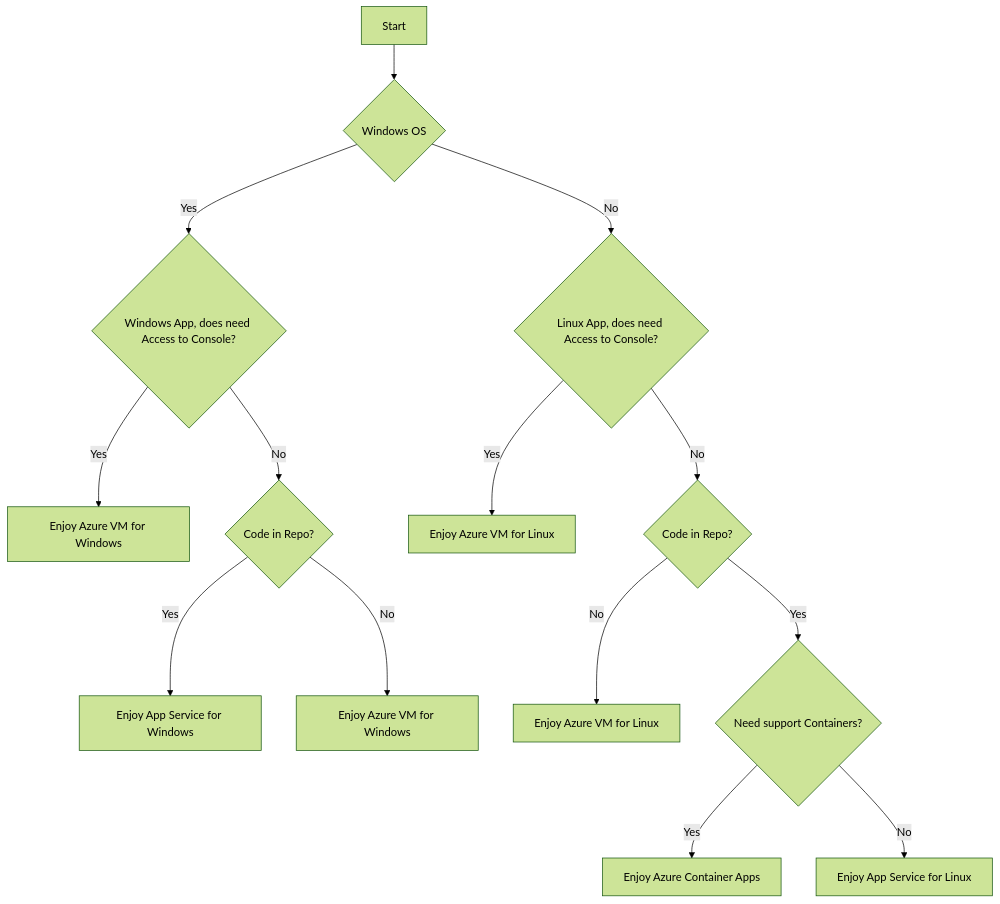
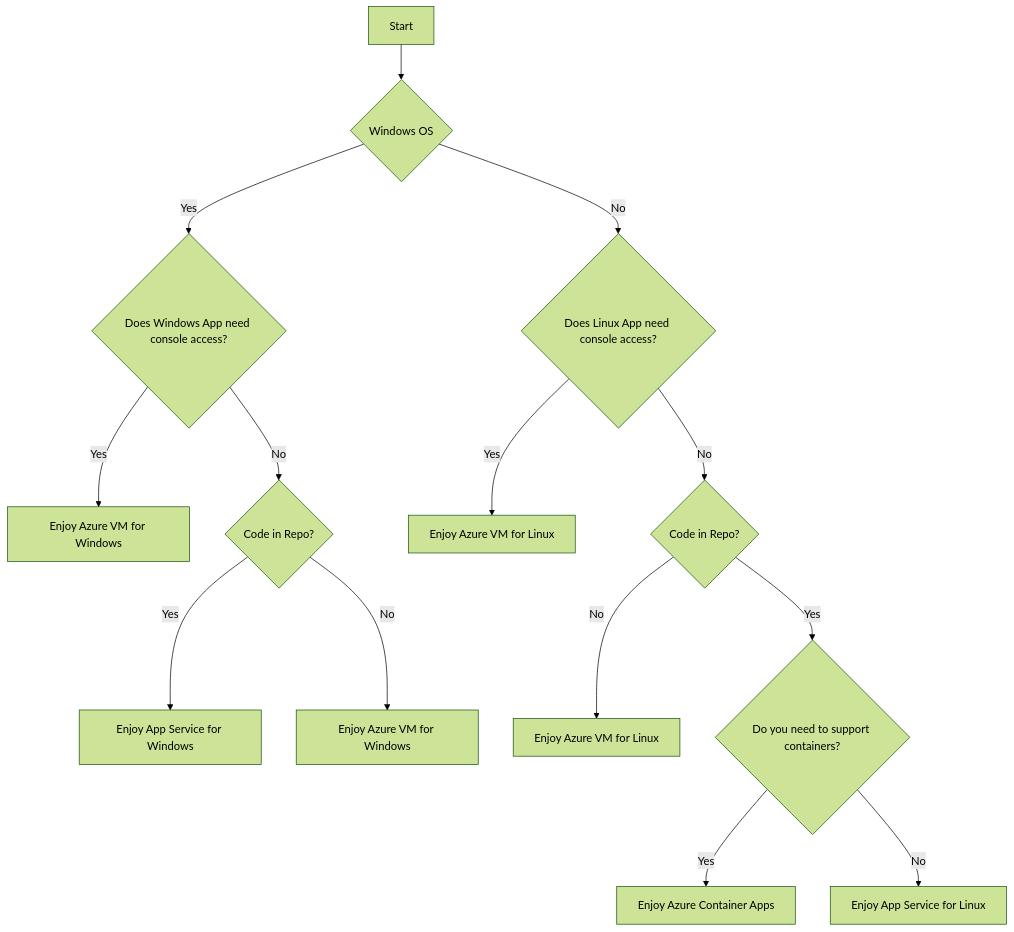
One commit to microsoft/acc changed the diagram in README.md. Above: the diagram before and after it, drawn with Mermaid (forest theme).

````diff
--- a/README.md
+++ b/README.md
@@ -7,16 +7,16 @@
 ```mermaid
 flowchart TD
     A[Start] --> B{Windows OS};
-    B -- Yes --> C{Windows App, does need Access to Console?};
-    B -- No --> D{Linux App, does need Access to Console?};
+    B -- Yes --> C{Does Windows App need console access?};
+    B -- No --> D{Does Linux App need console access?};
     C -- Yes --> E[Enjoy Azure VM for Windows];
     C -- No --> F{Code in Repo?};
     D -- Yes --> G[Enjoy Azure VM for Linux];
     D -- No --> H{Code in Repo?};
     F -- Yes --> I[Enjoy App Service for Windows]
     F -- No --> J[Enjoy Azure VM for Windows];
     H -- No --> K[Enjoy Azure VM for Linux];
-    H -- Yes --> L{Need support Containers?};
+    H -- Yes --> L{Do you need to support containers?};
     L -- Yes --> M[Enjoy Azure Container Apps];
     L -- No --> N[Enjoy App Service for Linux];
 ```
````
